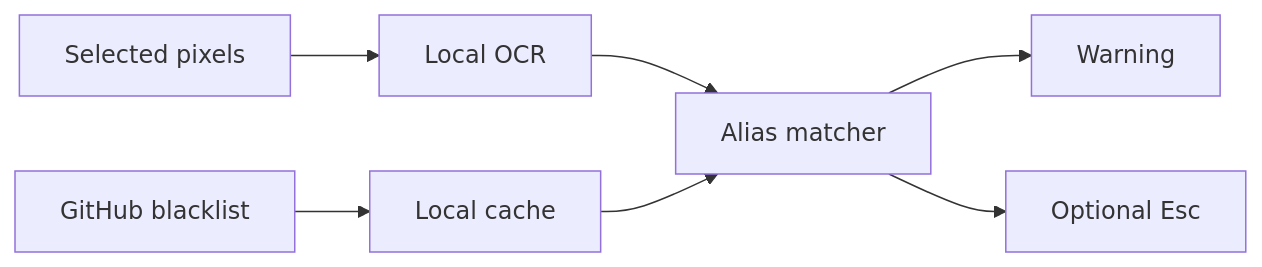
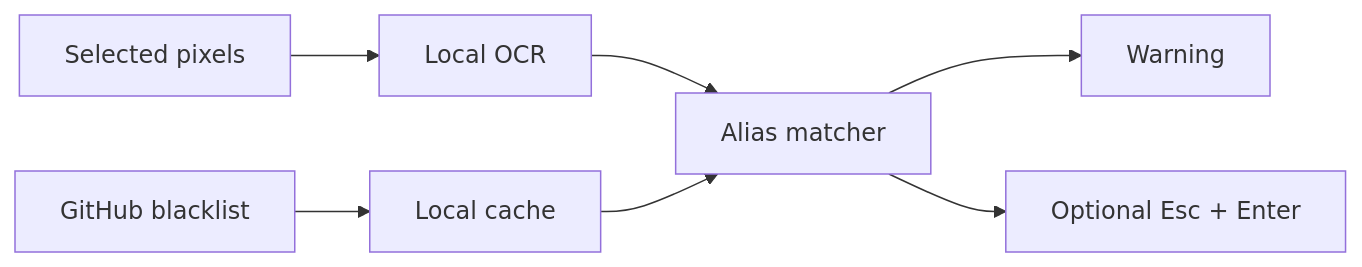
The diagram in README.md (kaankutluturk/crossoff-lobby-dodger), drawn with Mermaid before and after one commit. The commit also changed other lines of this file and 5 other files, not shown here.

````diff
--- a/README.md
+++ b/README.md
@@ -78,9 +78,9 @@
 ```mermaid
 flowchart LR
     A["Selected pixels"] --> B["Local OCR"]
     C["GitHub blacklist"] --> D["Local cache"]
     B --> E["Alias matcher"]
     D --> E
     E --> F["Warning"]
-    E --> G["Optional Esc"]
+    E --> G["Optional Esc + Enter"]
 ```
````
